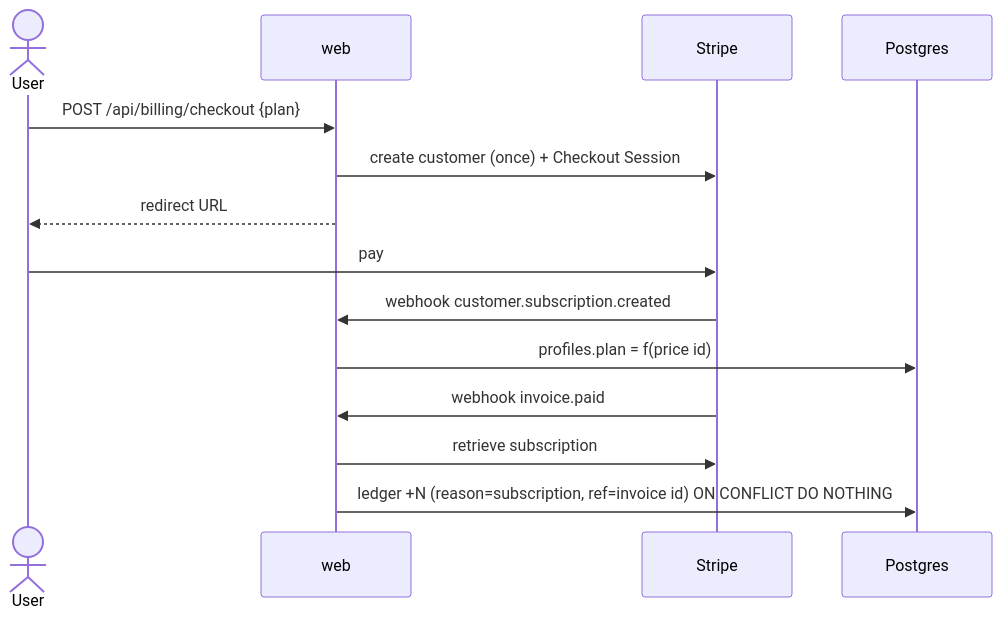
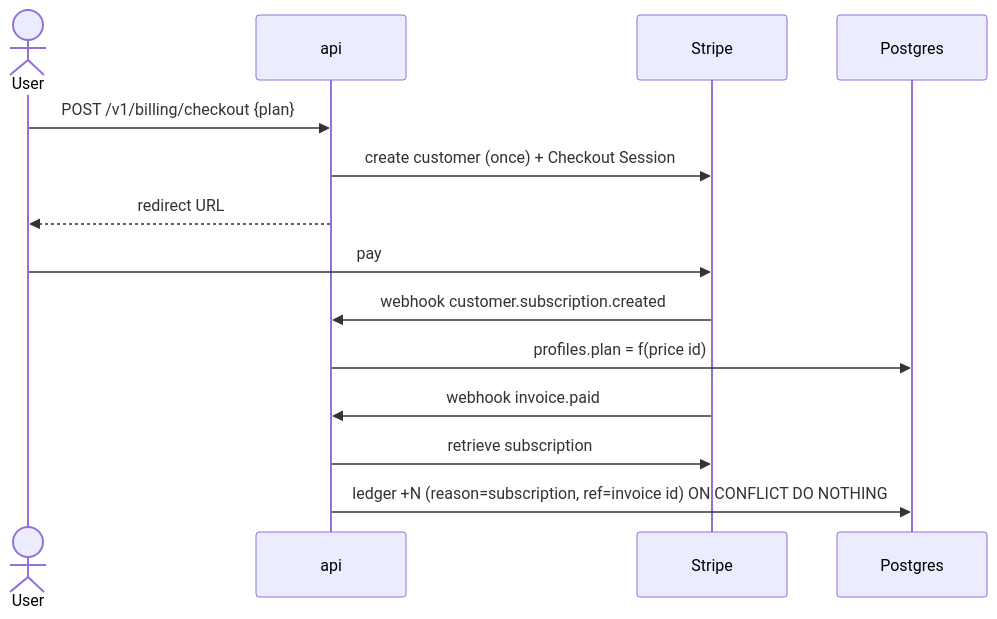
One commit to mbhat24/ugc-ad-generator changed the fourth of 5 diagrams in docs/architecture/02-system-architecture.md. Above: the diagram before and after it, drawn with Mermaid. The commit also changed other lines of this file and 152 other files, not shown here.

````diff
--- a/docs/architecture/02-system-architecture.md
+++ b/docs/architecture/02-system-architecture.md
@@ -99,16 +107,16 @@
 ```mermaid
 sequenceDiagram
   actor U as User
-  participant W as web
+  participant W as api
   participant St as Stripe
   participant DB as Postgres
-  U->>W: POST /api/billing/checkout {plan}
+  U->>W: POST /v1/billing/checkout {plan}
   W->>St: create customer (once) + Checkout Session
   W-->>U: redirect URL
   U->>St: pay
   St->>W: webhook customer.subscription.created
   W->>DB: profiles.plan = f(price id)
   St->>W: webhook invoice.paid
   W->>St: retrieve subscription
   W->>DB: ledger +N (reason=subscription, ref=invoice id) ON CONFLICT DO NOTHING
 ```
````
